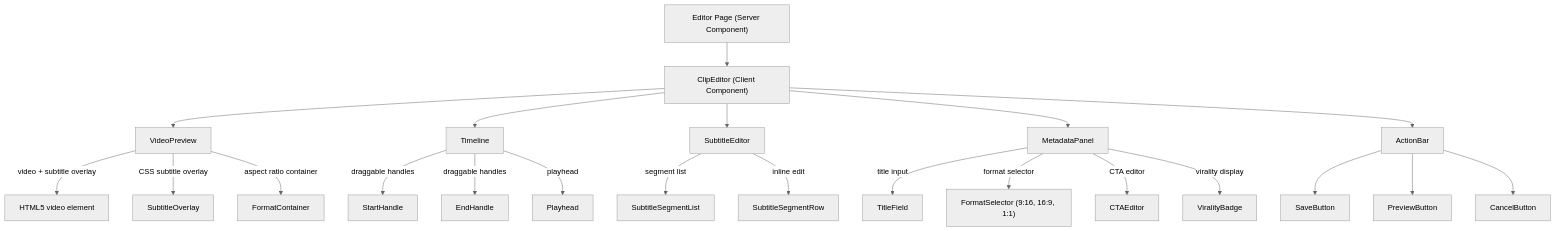
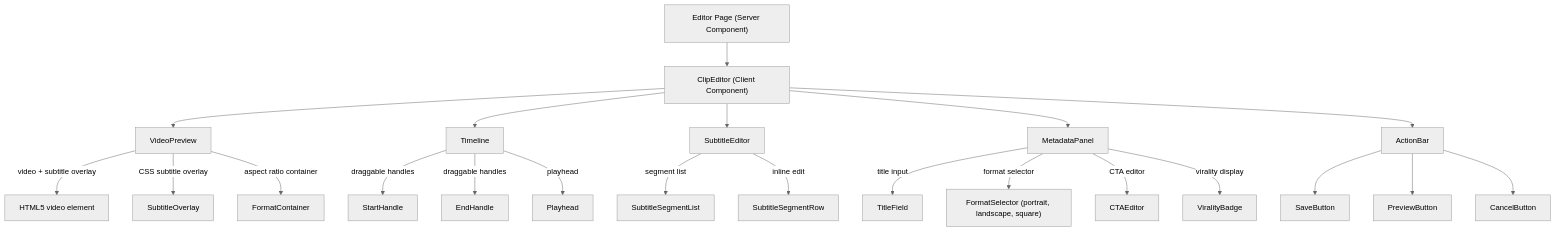
One commit to dzhechko/2026-jan-pu-opus-clone-01 changed the first of 3 diagrams in docs/features/clip-editor/sparc/Architecture.md. Above: the diagram before and after it, drawn with Mermaid (neutral theme). The commit also changed other lines of this file and 9 other files, not shown here.

````diff
--- a/docs/features/clip-editor/sparc/Architecture.md
+++ b/docs/features/clip-editor/sparc/Architecture.md
@@ -5,29 +5,29 @@
 ```mermaid
 graph TD
     A["Editor Page (Server Component)"] --> B["ClipEditor (Client Component)"]
     B --> C["VideoPreview"]
     B --> D["Timeline"]
     B --> E["SubtitleEditor"]
     B --> F["MetadataPanel"]
     B --> G["ActionBar"]
 
     C -- "video + subtitle overlay" --> C1["HTML5 video element"]
     C -- "CSS subtitle overlay" --> C2["SubtitleOverlay"]
     C -- "aspect ratio container" --> C3["FormatContainer"]
 
     D -- "draggable handles" --> D1["StartHandle"]
     D -- "draggable handles" --> D2["EndHandle"]
     D -- "playhead" --> D3["Playhead"]
 
     E -- "segment list" --> E1["SubtitleSegmentList"]
     E -- "inline edit" --> E2["SubtitleSegmentRow"]
 
     F -- "title input" --> F1["TitleField"]
-    F -- "format selector" --> F2["FormatSelector (9:16, 16:9, 1:1)"]
+    F -- "format selector" --> F2["FormatSelector (portrait, landscape, square)"]
     F -- "CTA editor" --> F3["CTAEditor"]
     F -- "virality display" --> F4["ViralityBadge"]
 
     G --> G1["SaveButton"]
     G --> G2["PreviewButton"]
     G --> G3["CancelButton"]
 ```
````
